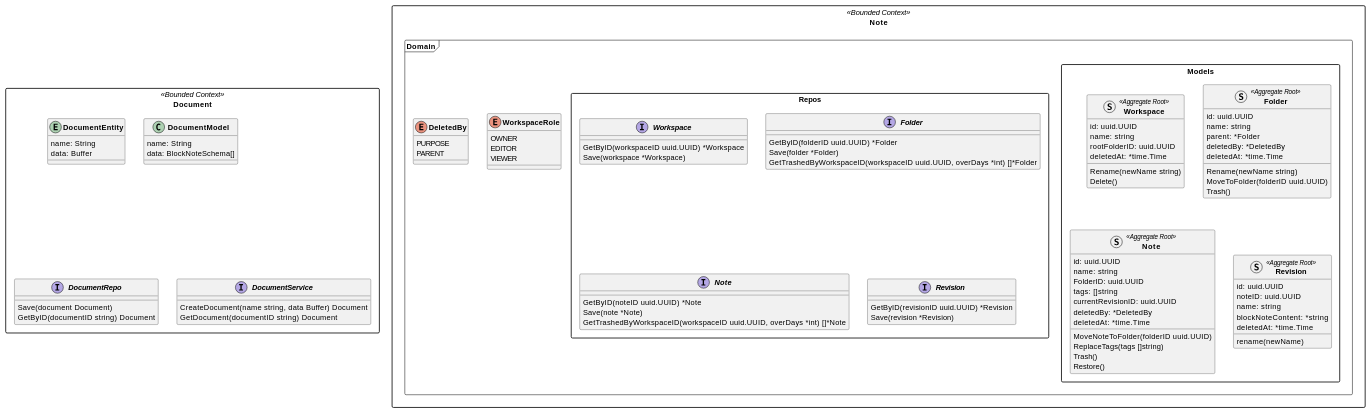
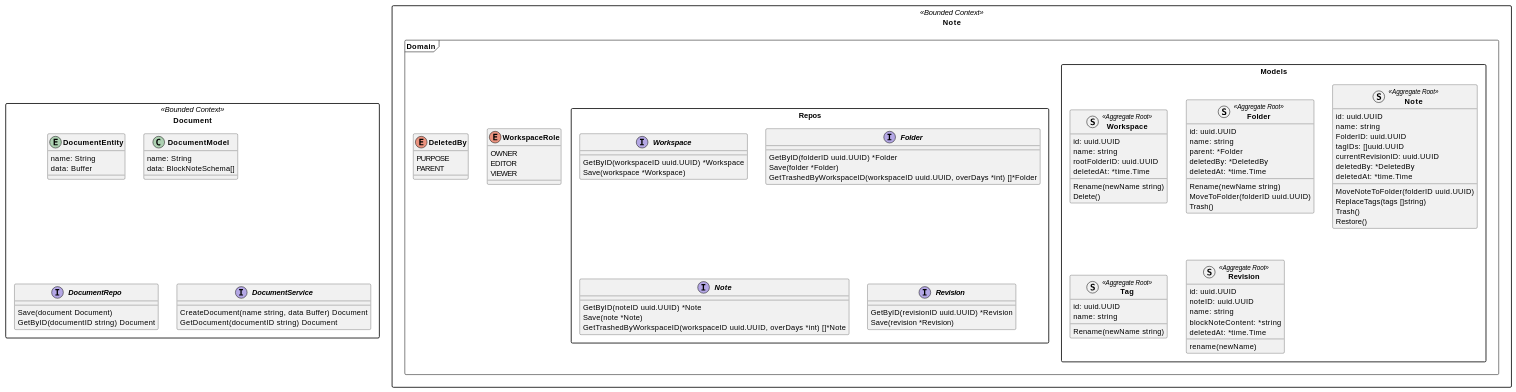
The diagram in docs/src/docs/class-diagram.md (notopia-uit/notopia), drawn with PlantUML before and after one commit. The commit also changed 22 other files, not shown here.

Commit message:
feat: split workspace graph and note graph

```diff
--- a/docs/src/docs/class-diagram.md
+++ b/docs/src/docs/class-diagram.md
@@ -73,7 +73,7 @@
                 id: uuid.UUID
                 name: string
                 FolderID: uuid.UUID
-                tags: []string
+                tagIDs: []uuid.UUID
                 currentRevisionID: uuid.UUID
                 deletedBy: *DeletedBy
                 deletedAt: *time.Time
@@ -82,6 +82,13 @@
                 ReplaceTags(tags []string)
                 Trash()
                 Restore()
+            }
+
+            struct "Tag" as Note.Domain.Models.Tag <<Aggregate Root>> {
+                id: uuid.UUID
+                name: string
+
+                Rename(newName string)
             }
 
             struct "Revision" as Note.Domain.Models.Revision <<Aggregate Root>> {
```
